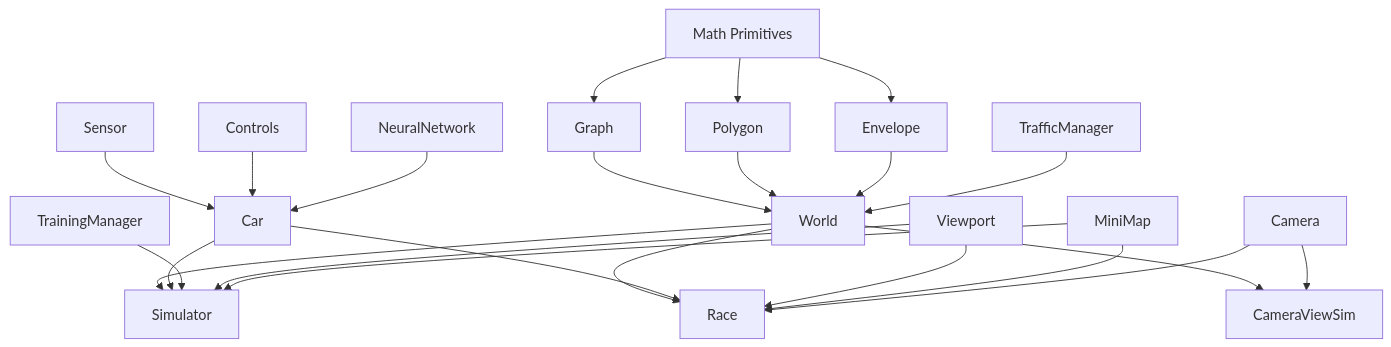
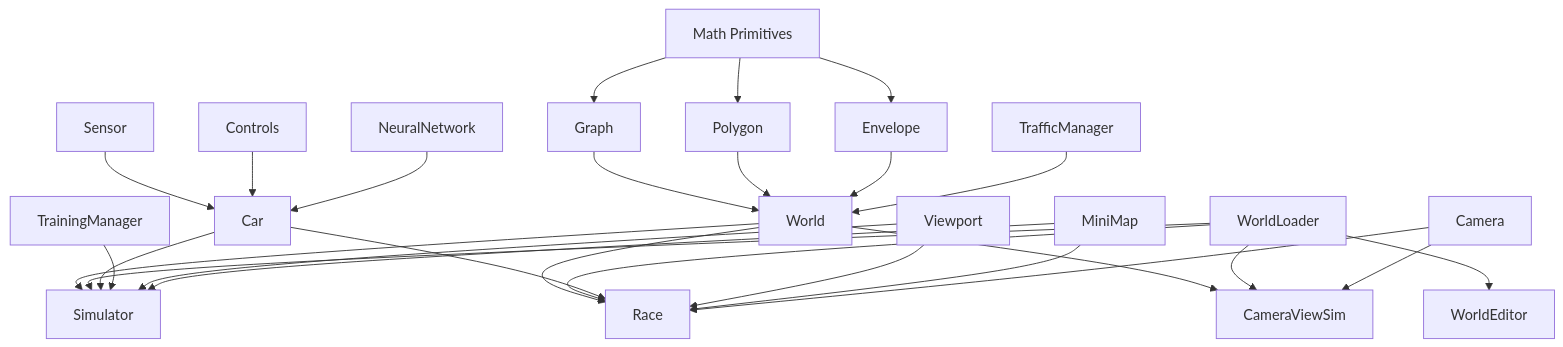
The diagram in docs/Architecture.md (alekseykravetz/Self-driving-car), drawn with Mermaid before and after one commit. The commit also changed other lines of this file and 26 other files, not shown here.

````diff
--- a/docs/Architecture.md
+++ b/docs/Architecture.md
@@ -75,25 +75,29 @@
 ```mermaid
 graph TD
     Math[Math Primitives] --> Graph
     Math --> Polygon
     Math --> Envelope
     Graph --> World
     Polygon --> World
     Envelope --> World
     World --> Simulator
     World --> Race
     World --> CameraViewSim
+    WorldLoader --> Simulator
+    WorldLoader --> Race
+    WorldLoader --> CameraViewSim
+    WorldLoader --> WorldEditor
     Sensor --> Car
     Controls --> Car
     NeuralNetwork --> Car
     Car --> Simulator
     Car --> Race
     TrainingManager --> Simulator
     Viewport --> Simulator
     Viewport --> Race
     MiniMap --> Simulator
     MiniMap --> Race
     Camera --> CameraViewSim
     Camera --> Race
     TrafficManager --> World
 ```
````
